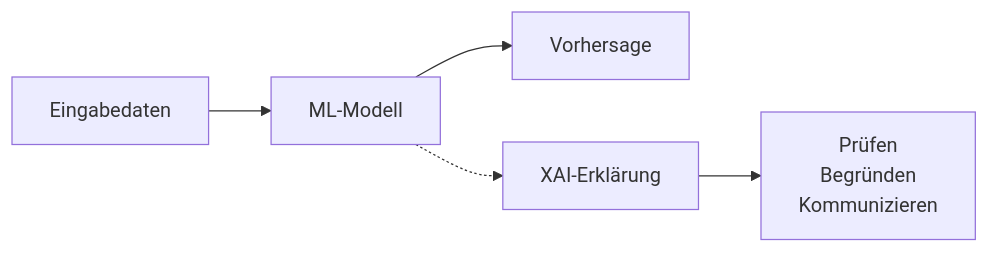
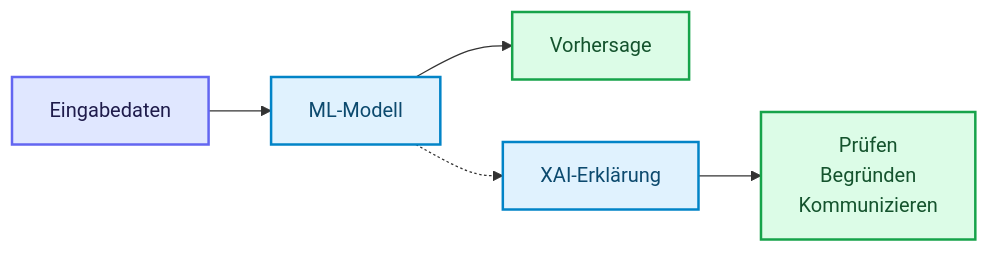
One commit to ralf-42/ML_Intro changed the first of 3 diagrams in docs/concepts/xai_erklaerbare_ki.md. Above: the diagram before and after it, drawn with Mermaid. The commit also changed other lines of this file and 49 other files, not shown here.

````diff
--- a/docs/concepts/xai_erklaerbare_ki.md
+++ b/docs/concepts/xai_erklaerbare_ki.md
@@ -30,7 +30,14 @@
 ```mermaid
 flowchart LR
     A["Eingabedaten"] --> B["ML-Modell"]
     B --> C["Vorhersage"]
     B -.-> D["XAI-Erklärung"]
     D --> E["Prüfen<br>Begründen<br>Kommunizieren"]
+
+    classDef default fill:#e0f2fe,stroke:#0284c7,stroke-width:2px,color:#0c4a6e;
+    classDef input fill:#e0e7ff,stroke:#6366f1,stroke-width:2px,color:#1e1b4b;
+    classDef output fill:#dcfce7,stroke:#16a34a,stroke-width:2px,color:#14532d;
+
+    class A input;
+    class C,E output;
 ```
````
